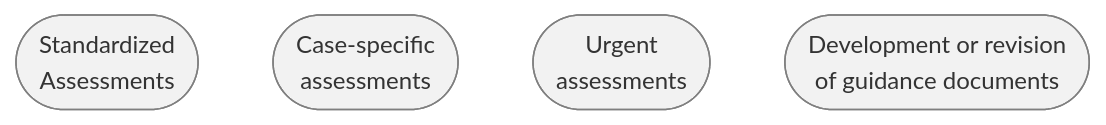
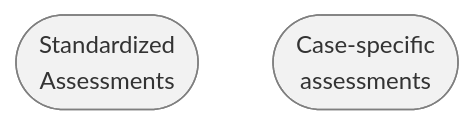
One commit to dmi3kno/EFSAtutorial changed the first of 2 diagrams in uncertaintyanalysis.qmd. Above: the diagram before and after it, drawn with Mermaid. The commit also changed other lines of this file and 21 other files, not shown here.

````diff
--- a/uncertaintyanalysis.qmd
+++ b/uncertaintyanalysis.qmd
@@ -8,12 +7,8 @@
 ```{mermaid}
 %%{init:{"theme":"base", "themeVariables": {"primaryColor":"white", "secondaryColor":"white", "tertiaryColor":"white", "mainBkg":"#f2f2f2", "nodeBorder":"#7F7F7F", "clusterBkg":"#FFF9FB"}}}%%
 flowchart TB
   A([Standardized</br>Assessments])
   B([Case-specific</br>assessments])
-  C([Urgent</br>assessments])
-  D([Development or revision</br>of guidance documents])
-  click A "uaguidance/figure1.html" "Go Forward"
-  click B "uaguidance/figure5.html" "Go Forward"
-  click C "uaguidance/figure11.html" "Go Forward"
-  click D "uaguidance/figure12.html" "Go Forward"
+  click A "uaguidance/figure1.html" "A standardised assessment follows a pre-established standardised procedure that covers every step of the assessment"
+  click B "uaguidance/figure5.html" "Standardised elements (e.g. default values) may be used for some parts of the assessment, but other parts require case-specific approaches"
 ```
````
